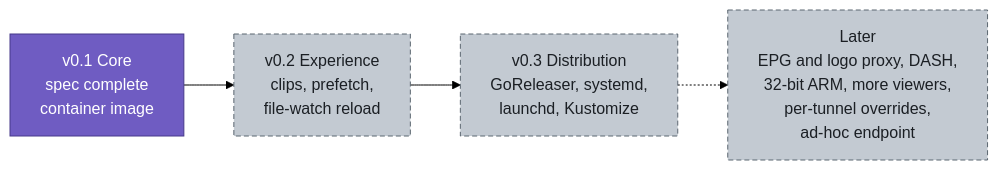
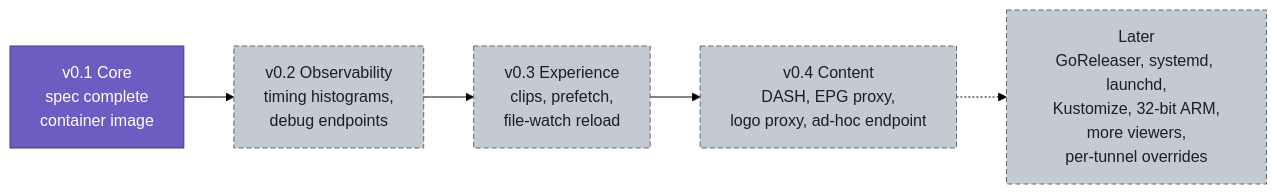
Before and after one commit to KingOfKalk/wg-stream-proxy: diagram 15 of 17 in docs/architecture.md, drawn with Mermaid (forest theme). The commit also changed other lines of this file and 3 other files, not shown here.

Commit message:
docs(spec): reorder the roadmap: v0.2 Observability, v0.3 Experience, v0.4 Content

````diff
--- a/docs/architecture.md
+++ b/docs/architecture.md
@@ -849,11 +850,12 @@
 ```mermaid
 flowchart LR
     v01["v0.1 Core<br/>spec complete<br/>container image"]:::proxy
-    v02["v0.2 Experience<br/>clips, prefetch,<br/>file-watch reload"]:::later
-    v03["v0.3 Distribution<br/>GoReleaser, systemd,<br/>launchd, Kustomize"]:::later
-    later["Later<br/>EPG and logo proxy, DASH,<br/>32-bit ARM, more viewers,<br/>per-tunnel overrides,<br/>ad-hoc endpoint"]:::later
-    v01 --> v02 --> v03 -.-> later
+    v02["v0.2 Observability<br/>timing histograms,<br/>debug endpoints"]:::later
+    v03["v0.3 Experience<br/>clips, prefetch,<br/>file-watch reload"]:::later
+    v04["v0.4 Content<br/>DASH, EPG proxy,<br/>logo proxy, ad-hoc endpoint"]:::later
+    later["Later<br/>GoReleaser, systemd, launchd,<br/>Kustomize, 32-bit ARM,<br/>more viewers,<br/>per-tunnel overrides"]:::later
+    v01 --> v02 --> v03 --> v04 -.-> later
 
     classDef proxy fill:#6f5cc2,stroke:#46398a,color:#ffffff
     classDef later fill:#c3cad2,stroke:#5b6670,color:#1b1f24,stroke-dasharray:5 3
 ```
````
